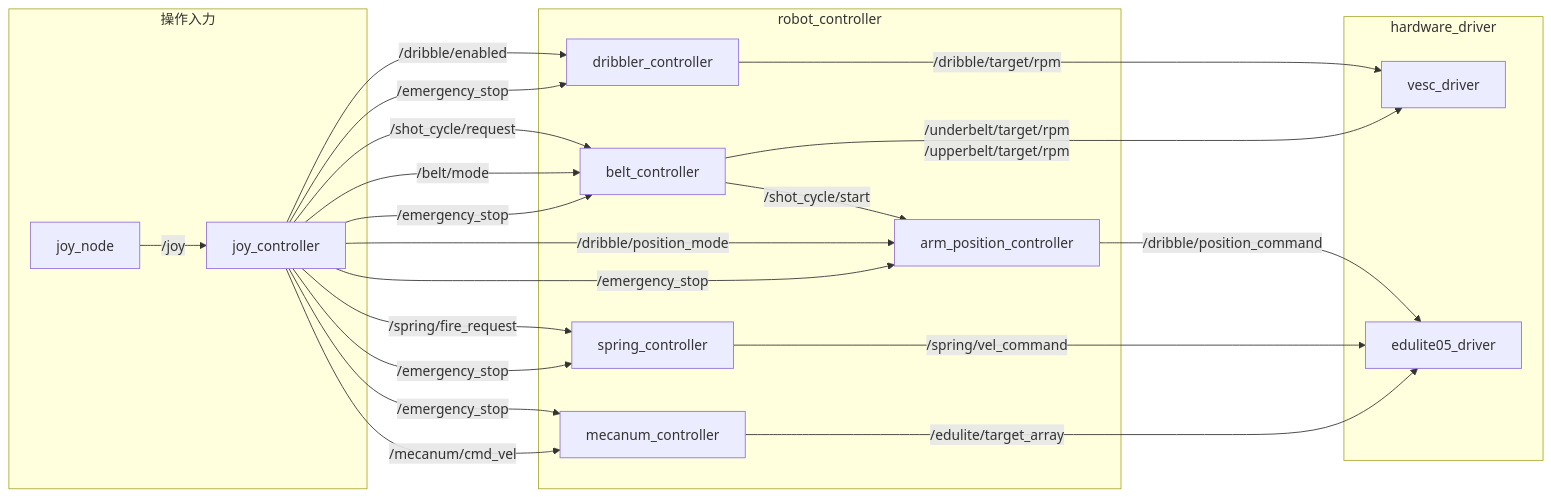
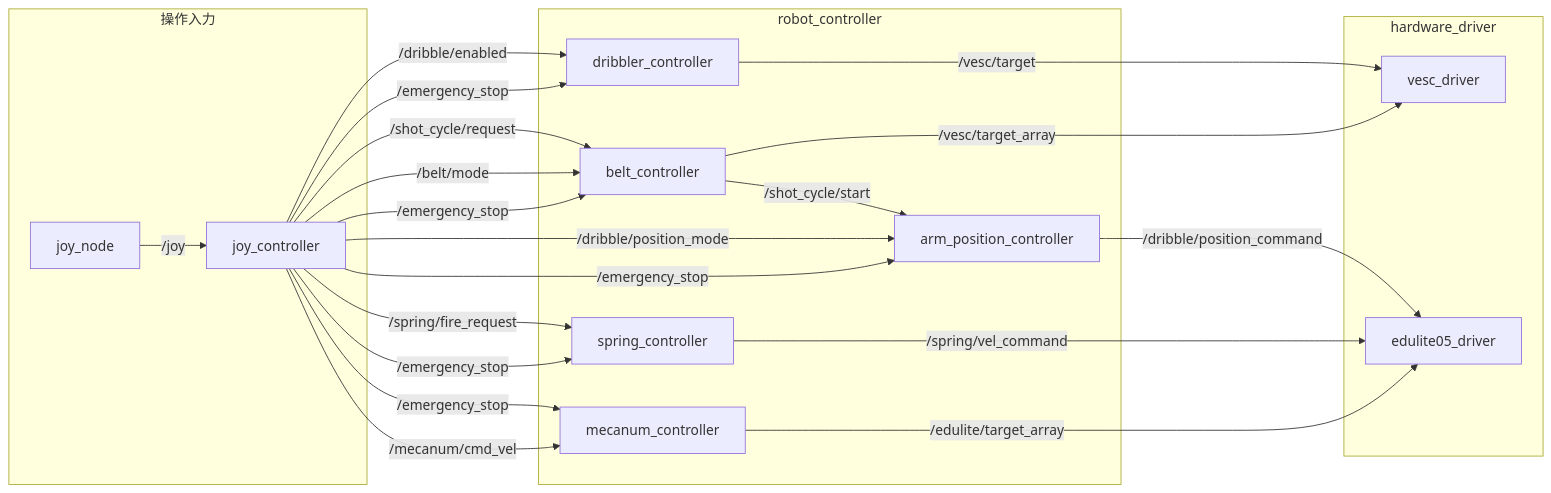
Before and after one commit to rodep-soft/rox2026: the diagram in ros2_ws/src/robot_controller/README.md, drawn with Mermaid. The commit also changed 15 other files, not shown here.

````diff
--- a/ros2_ws/src/robot_controller/README.md
+++ b/ros2_ws/src/robot_controller/README.md
@@ -22,41 +22,41 @@
 ```mermaid
 flowchart LR
   subgraph input["操作入力"]
     joy["joy_node"]
     joy_controller["joy_controller"]
     joy -->|"/joy"| joy_controller
   end
 
   subgraph controllers["robot_controller"]
     mecanum["mecanum_controller"]
     spring["spring_controller"]
     belt["belt_controller"]
     dribbler["dribbler_controller"]
     arm["arm_position_controller"]
   end
 
   subgraph drivers["hardware_driver"]
     vesc["vesc_driver"]
     edulite["edulite05_driver"]
   end
 
   joy_controller -->|"/mecanum/cmd_vel"| mecanum
   joy_controller -->|"/emergency_stop"| mecanum
   joy_controller -->|"/emergency_stop"| spring
   joy_controller -->|"/emergency_stop"| belt
   joy_controller -->|"/emergency_stop"| dribbler
   joy_controller -->|"/emergency_stop"| arm
 
   joy_controller -->|"/belt/mode"| belt
   joy_controller -->|"/dribble/enabled"| dribbler
   joy_controller -->|"/dribble/position_mode"| arm
   joy_controller -->|"/spring/fire_request"| spring
   joy_controller -->|"/shot_cycle/request"| belt
   belt -->|"/shot_cycle/start"| arm
 
-  belt -->|"/underbelt/target/rpm<br/>/upperbelt/target/rpm"| vesc
-  dribbler -->|"/dribble/target/rpm"| vesc
+  belt -->|"/vesc/target_array"| vesc
+  dribbler -->|"/vesc/target"| vesc
   mecanum -->|"/edulite/target_array"| edulite
   spring -->|"/spring/vel_command"| edulite
   arm -->|"/dribble/position_command"| edulite
 ```
````
